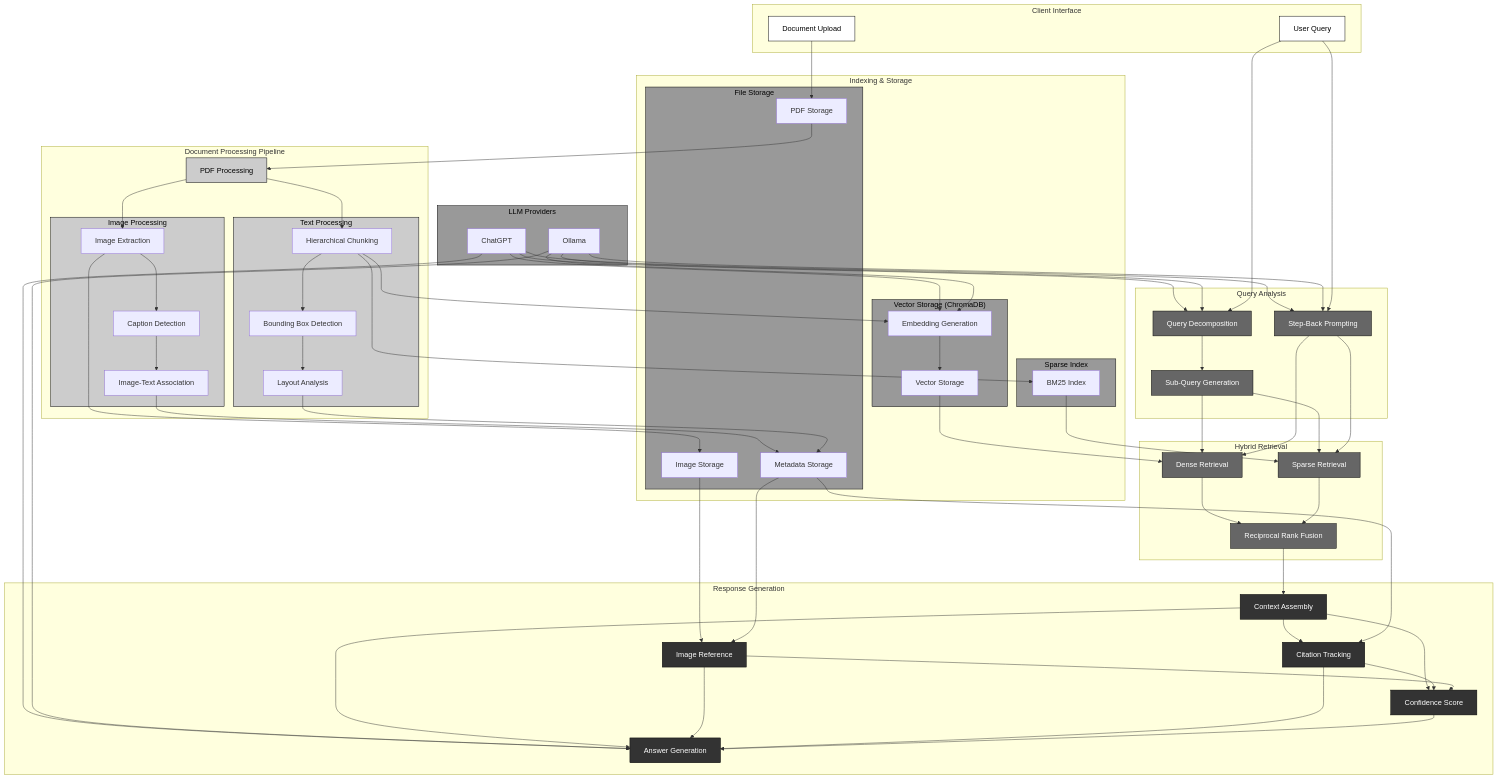
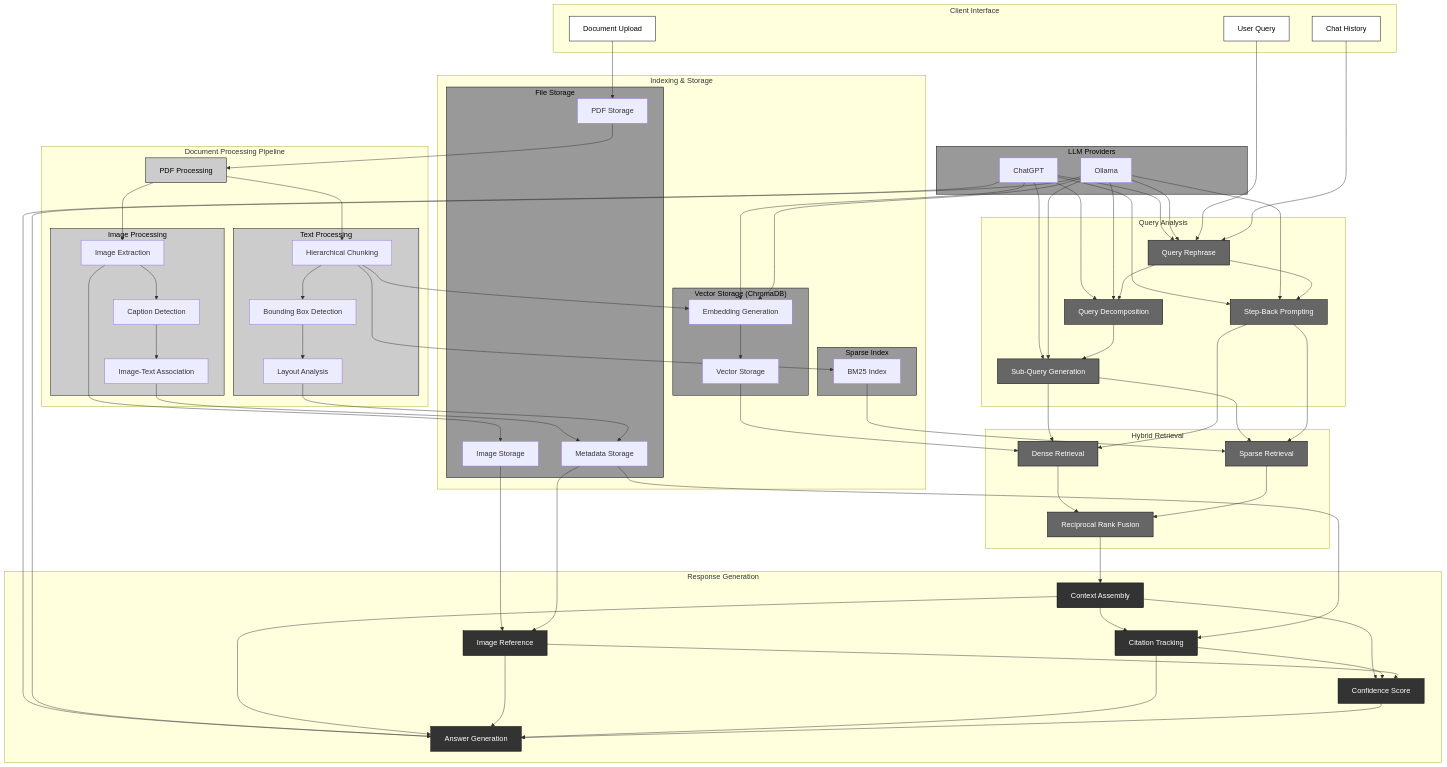
One commit to TobiFank/RAXPLORER changed the diagram in README.md. Above: the diagram before and after it, drawn with Mermaid. The commit also changed other lines of this file, not shown here.

Commit message:
readme update

````diff
--- a/README.md
+++ b/README.md
@@ -48,6 +49,7 @@
     subgraph Client["Client Interface"]
         Upload["Document Upload"]
         Query["User Query"]
+        History["Chat History"]
     end
 
     subgraph DocumentProcessing["Document Processing Pipeline"]
@@ -85,6 +87,7 @@
     end
 
     subgraph QueryProcessing["Query Analysis"]
+        Rephrase["Query Rephrase"]
         Decomp["Query Decomposition"]
         StepBack["Step-Back Prompting"]
         SubQueries["Sub-Query Generation"]
@@ -104,30 +107,29 @@
         Confidence["Confidence Score"]
     end
 
-    %% Document Processing Flow
+%% Document Processing Flow
     Upload --> PDFStore
     PDFStore --> PDF
     PDF --> ImgExtract
     PDF --> Hierarch
 
-    
-    %% Image Processing Flow
+%% Image Processing Flow
     ImgExtract --> Caption
     ImgExtract --> ImgStore
     Caption --> ImgAssoc
     ImgAssoc --> MetaStore
-    
-    %% Text Processing Flow
+
+%% Text Processing Flow
     Hierarch --> BBDetect
     BBDetect --> Layout
     Layout --> MetaStore
-    
-    %% Indexing Flow
+
+%% Indexing Flow
     Hierarch --> Embed
     Hierarch --> BM25
     Embed --> Store
-    
-    %% LLM Provider Connections
+
+%% LLM Provider Connections
     ChatGPT --> Embed
     Ollama --> Embed
     ChatGPT --> Answer
@@ -136,13 +138,19 @@
     Ollama --> Decomp
     ChatGPT --> StepBack
     Ollama --> StepBack
-    
-    %% Query Processing Flow
-    Query --> Decomp
-    Query --> StepBack
+    ChatGPT --> Rephrase
+    Ollama --> Rephrase
+    ChatGPT --> SubQueries
+    Ollama --> SubQueries
+
+%% Query Processing Flow
+    Query --> Rephrase
+    History --> Rephrase
+    Rephrase --> Decomp
+    Rephrase --> StepBack
     Decomp --> SubQueries
-    
-    %% Retrieval Flow
+
+%% Retrieval Flow
     Store --> Dense
     BM25 --> Sparse
     SubQueries --> Dense
@@ -152,33 +160,33 @@
     Dense --> RRF
     Sparse --> RRF
     RRF --> Context
-    
-    %% Response Generation Flow
+
+%% Response Generation Flow
     Context --> Citation
     MetaStore --> Citation
     ImgStore --> ImgRef
     MetaStore --> ImgRef
-    
+
     Context --> Answer
     ImgRef --> Answer
     Citation --> Answer
-    
-    %% Confidence generated alongside Answer
+
+%% Confidence generated alongside Answer
     Context --> Confidence
     Citation --> Confidence
     ImgRef --> Confidence
     Confidence --> Answer
 
-    %% Styling
+%% Styling
     classDef primary fill:#ffffff,stroke:#000000,color:#000000
     classDef secondary fill:#cccccc,stroke:#000000,color:#000000
     classDef tertiary fill:#999999,stroke:#000000,color:#000000
     classDef quaternary fill:#666666,stroke:#000000,color:#ffffff
     classDef quinary fill:#333333,stroke:#000000,color:#ffffff
-    
-    class Upload,Query primary
+
+    class Upload,Query,History primary
     class PDF,Extract,Chunk,ImageProcessing,TextProcessing secondary
     class VectorDB,SparseIndex,FileStore,LLMProviders tertiary
-    class Decomp,StepBack,SubQueries,Dense,Sparse,RRF quaternary
+    class Rephrase,Decomp,StepBack,SubQueries,Dense,Sparse,RRF quaternary
     class Context,ImgRef,Citation,Answer,Confidence quinary
 ```
````
